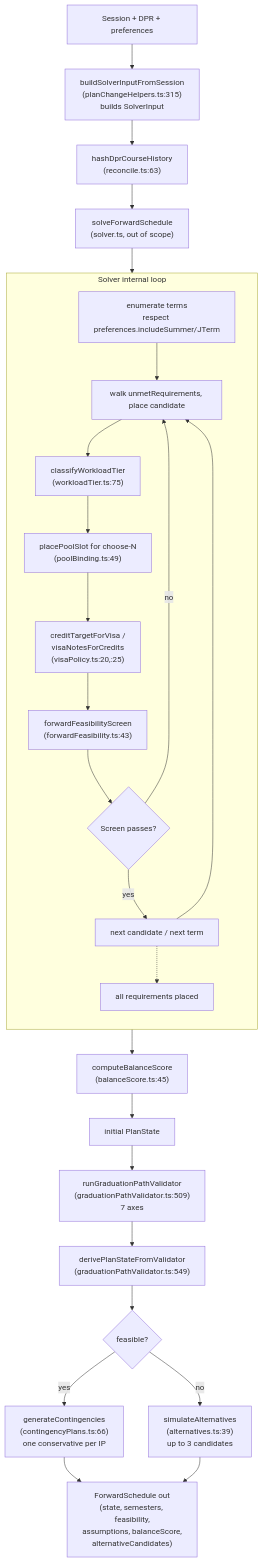
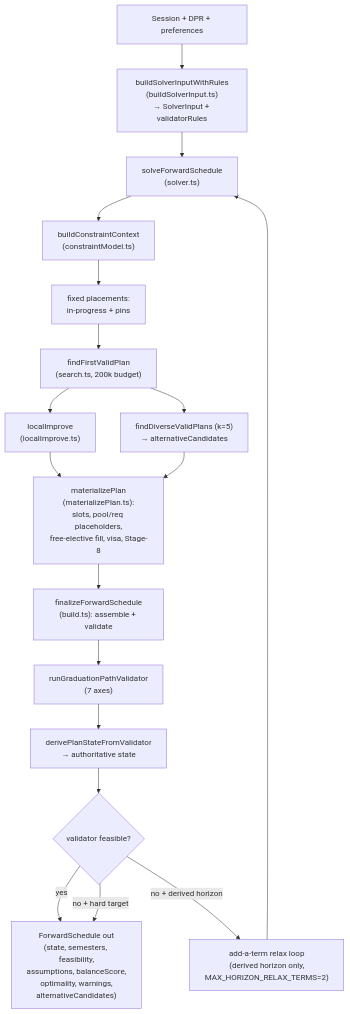
The second of 3 diagrams in Docs/current-system/engine/forward-schedule.md (EdoardoMongardi/NYU_Path), drawn with Mermaid before and after one commit. The commit also changed other lines of this file and 73 other files, not shown here.

````diff
--- a/Docs/current-system/engine/forward-schedule.md
+++ b/Docs/current-system/engine/forward-schedule.md
@@ -740,41 +265,26 @@
 ```mermaid
 flowchart TD
   IN["Session + DPR + preferences"]
-  BUILD["buildSolverInputFromSession<br/>(planChangeHelpers.ts:315)<br/>builds SolverInput"]
-  HASH["hashDprCourseHistory<br/>(reconcile.ts:63)"]
-  SOLVE["solveForwardSchedule<br/>(solver.ts, out of scope)"]
+  SI["buildSolverInputWithRules<br/>(buildSolverInput.ts)<br/>→ SolverInput + validatorRules"]
+  SOLVE["solveForwardSchedule<br/>(solver.ts)"]
+  CTX["buildConstraintContext<br/>(constraintModel.ts)"]
+  FIXED["fixed placements:<br/>in-progress + pins"]
+  SEARCH["findFirstValidPlan<br/>(search.ts, 200k budget)"]
+  IMPROVE["localImprove<br/>(localImprove.ts)"]
+  MAT["materializePlan<br/>(materializePlan.ts):<br/>slots, pool/req placeholders,<br/>free-elective fill, visa, Stage-8"]
+  DIV["findDiverseValidPlans (k=5)<br/>→ alternativeCandidates"]
+  FIN["finalizeForwardSchedule<br/>(build.ts): assemble + validate"]
+  VAL["runGraduationPathValidator<br/>(7 axes)"]
+  DERIVE["derivePlanStateFromValidator<br/>→ authoritative state"]
+  FEAS{"validator feasible?"}
+  RELAX["add-a-term relax loop<br/>(derived horizon only,<br/>MAX_HORIZON_RELAX_TERMS=2)"]
+  OUT["ForwardSchedule out<br/>(state, semesters, feasibility,<br/>assumptions, balanceScore,<br/>optimality, warnings,<br/>alternativeCandidates)"]
 
-  subgraph SOLVE_LOOP[" Solver internal loop "]
-    direction TB
-    ENUM["enumerate terms<br/>respect preferences.includeSummer/JTerm"]
-    WALK["walk unmetRequirements, place candidate"]
-    TIER["classifyWorkloadTier<br/>(workloadTier.ts:75)"]
-    POOL["placePoolSlot for choose-N<br/>(poolBinding.ts:49)"]
-    VISACAP["creditTargetForVisa /<br/>visaNotesForCredits<br/>(visaPolicy.ts:20,:25)"]
-    SCREEN["forwardFeasibilityScreen<br/>(forwardFeasibility.ts:43)"]
-    BACK{Screen passes?}
-    NEXT["next candidate / next term"]
-    DONE["all requirements placed"]
-
-    ENUM --> WALK --> TIER --> POOL --> VISACAP --> SCREEN --> BACK
-    BACK -- no --> WALK
-    BACK -- yes --> NEXT --> WALK
-    NEXT -.-> DONE
-  end
-
-  BS["computeBalanceScore<br/>(balanceScore.ts:45)"]
-  STATE0["initial PlanState"]
-
-  VALIDATE["runGraduationPathValidator<br/>(graduationPathValidator.ts:509)<br/>7 axes"]
-  DERIVE["derivePlanStateFromValidator<br/>(graduationPathValidator.ts:549)"]
-  FEASOK{feasible?}
-  ALTRUN["simulateAlternatives<br/>(alternatives.ts:39)<br/>up to 3 candidates"]
-  CONTRUN["generateContingencies<br/>(contingencyPlans.ts:66)<br/>one conservative per IP"]
-  OUT["ForwardSchedule out<br/>(state, semesters, feasibility,<br/>assumptions, balanceScore,<br/>alternativeCandidates)"]
-
-  IN --> BUILD --> HASH --> SOLVE
-  SOLVE --> SOLVE_LOOP
-  DONE --> BS --> STATE0 --> VALIDATE --> DERIVE --> FEASOK
-  FEASOK -- yes --> CONTRUN --> OUT
-  FEASOK -- no --> ALTRUN --> OUT
+  IN --> SI --> SOLVE
+  SOLVE --> CTX --> FIXED --> SEARCH --> IMPROVE --> MAT
+  SEARCH --> DIV --> MAT
+  MAT --> FIN --> VAL --> DERIVE --> FEAS
+  FEAS -- yes --> OUT
+  FEAS -- "no + derived horizon" --> RELAX --> SOLVE
+  FEAS -- "no + hard target" --> OUT
 ```
````
